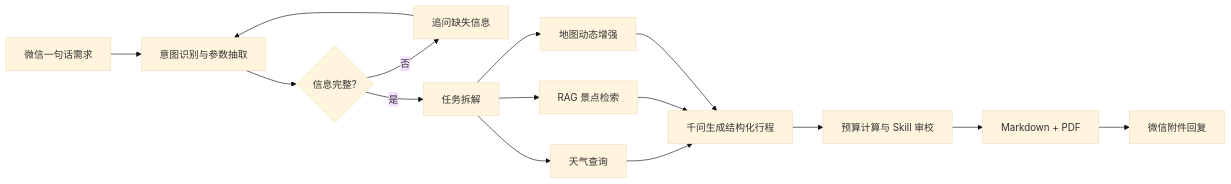
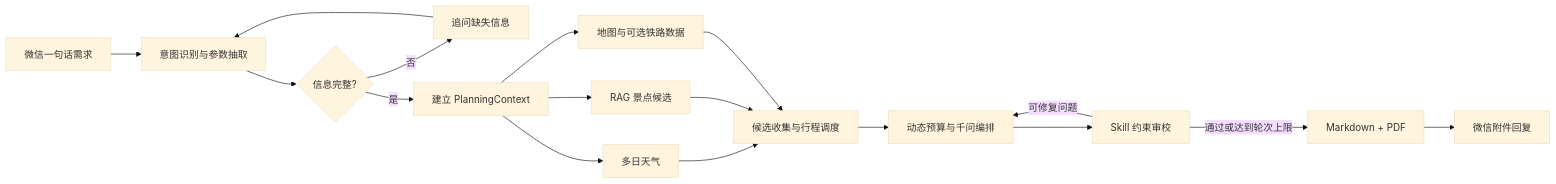
One commit to kskbl2006/xiangmu changed the diagram in README.md. Above: the diagram before and after it, drawn with Mermaid (base theme). The commit also changed other lines of this file and 95 other files, not shown here.

````diff
--- a/README.md
+++ b/README.md
@@ -21,17 +39,19 @@
 ```mermaid
 flowchart LR
     A[微信一句话需求] --> B[意图识别与参数抽取]
     B --> C{信息完整?}
     C -- 否 --> D[追问缺失信息]
     D --> B
-    C -- 是 --> E[任务拆解]
-    E --> F[天气查询]
-    E --> G[RAG 景点检索]
-    E --> H[地图动态增强]
-    F --> I[千问生成结构化行程]
+    C -- 是 --> E[建立 PlanningContext]
+    E --> F[多日天气]
+    E --> G[RAG 景点候选]
+    E --> H[地图与可选铁路数据]
+    F --> I[候选收集与行程调度]
     G --> I
     H --> I
-    I --> J[预算计算与 Skill 审校]
-    J --> K[Markdown + PDF]
-    K --> L[微信附件回复]
+    I --> J[动态预算与千问编排]
+    J --> K[Skill 约束审校]
+    K -- 可修复问题 --> J
+    K -- 通过或达到轮次上限 --> L[Markdown + PDF]
+    L --> M[微信附件回复]
 ```
````
